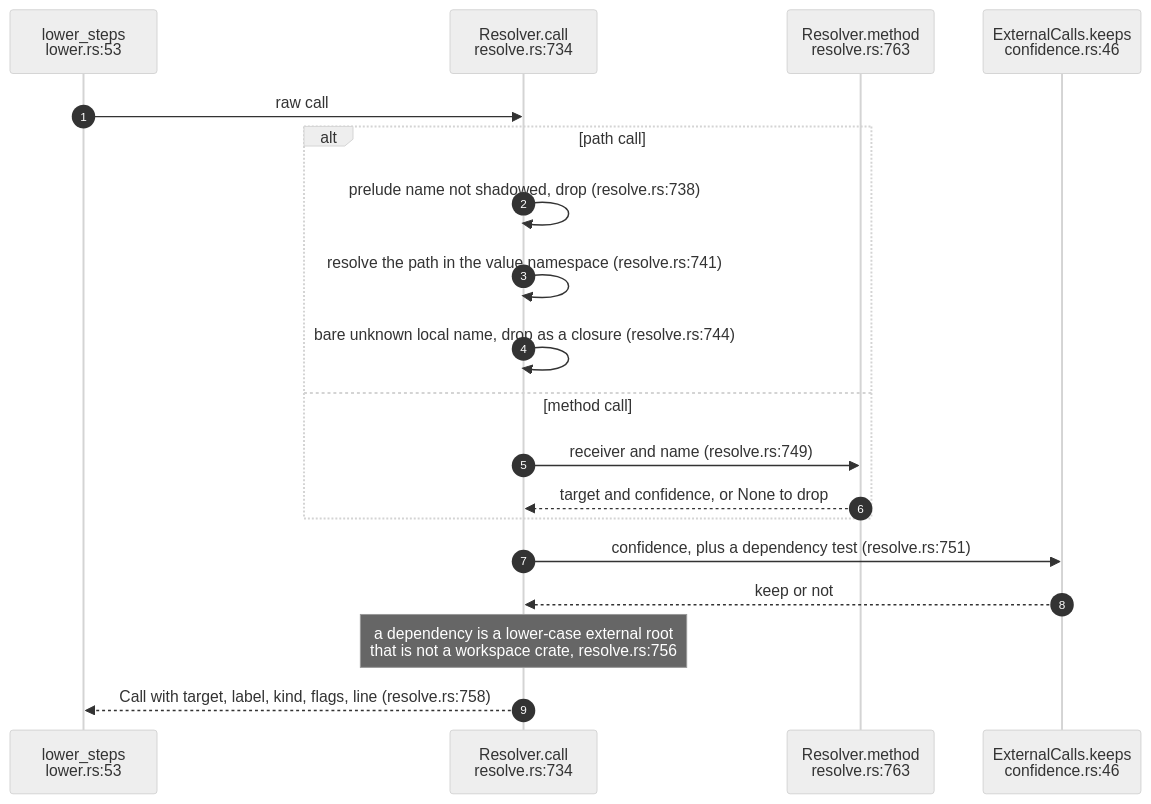
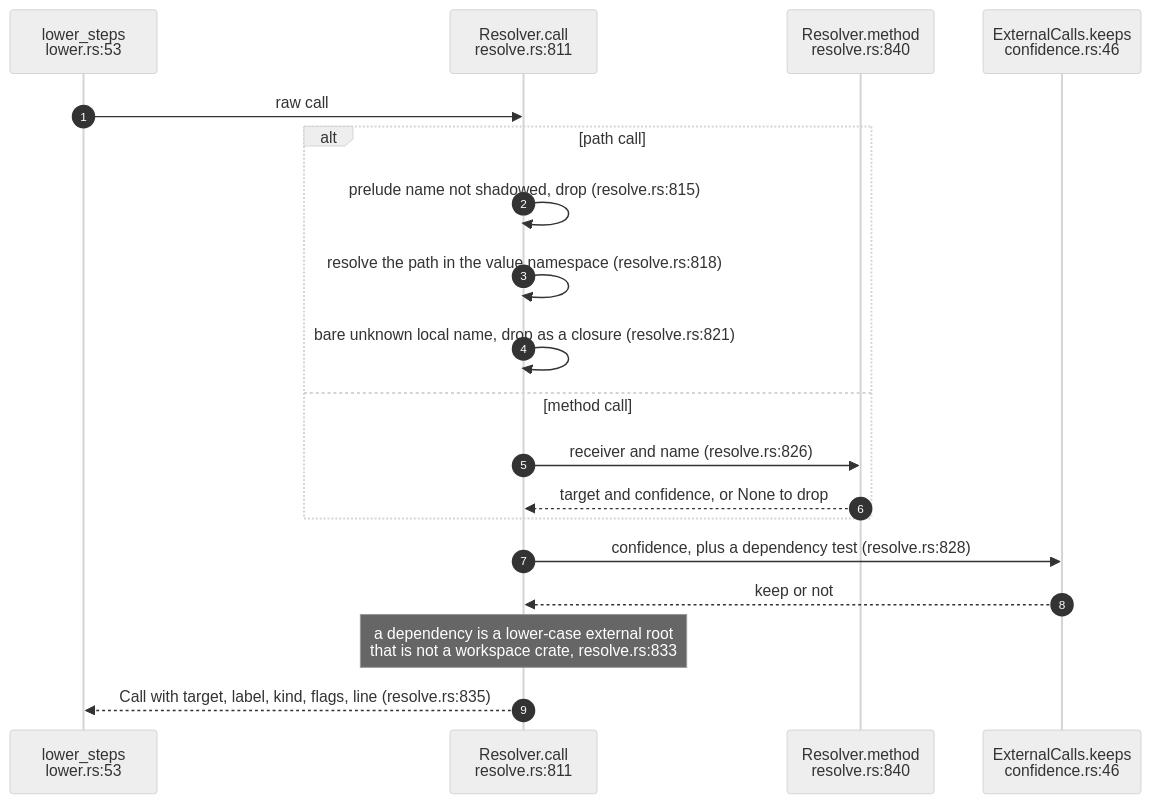
Before and after one commit to DreamLab-AI/codemaid: the fourth of 5 diagrams in docs/diagrams/extract/04-lowering-confidence-and-labels.md, drawn with Mermaid (neutral theme). The commit also changed other lines of this file and 8 other files, not shown here.

First line of the commit message:
docs(diagrams): restamp the extract topics to fec7aff; record the generics fix

````diff
--- a/docs/diagrams/extract/04-lowering-confidence-and-labels.md
+++ b/docs/diagrams/extract/04-lowering-confidence-and-labels.md
@@ -167,21 +167,21 @@
 ```mermaid
 sequenceDiagram
     autonumber
     participant LS as lower_steps<br/>lower.rs:53
-    participant CA as Resolver.call<br/>resolve.rs:734
-    participant ME as Resolver.method<br/>resolve.rs:763
+    participant CA as Resolver.call<br/>resolve.rs:811
+    participant ME as Resolver.method<br/>resolve.rs:840
     participant EC as ExternalCalls.keeps<br/>confidence.rs:46
     LS->>CA: raw call
     alt path call
-        CA->>CA: prelude name not shadowed, drop (resolve.rs:738)
-        CA->>CA: resolve the path in the value namespace (resolve.rs:741)
-        CA->>CA: bare unknown local name, drop as a closure (resolve.rs:744)
+        CA->>CA: prelude name not shadowed, drop (resolve.rs:815)
+        CA->>CA: resolve the path in the value namespace (resolve.rs:818)
+        CA->>CA: bare unknown local name, drop as a closure (resolve.rs:821)
     else method call
-        CA->>ME: receiver and name (resolve.rs:749)
+        CA->>ME: receiver and name (resolve.rs:826)
         ME-->>CA: target and confidence, or None to drop
     end
-    CA->>EC: confidence, plus a dependency test (resolve.rs:751)
+    CA->>EC: confidence, plus a dependency test (resolve.rs:828)
     EC-->>CA: keep or not
-    Note over CA: a dependency is a lower-case external root<br/>that is not a workspace crate, resolve.rs:756
-    CA-->>LS: Call with target, label, kind, flags, line (resolve.rs:758)
+    Note over CA: a dependency is a lower-case external root<br/>that is not a workspace crate, resolve.rs:833
+    CA-->>LS: Call with target, label, kind, flags, line (resolve.rs:835)
 ```
````
